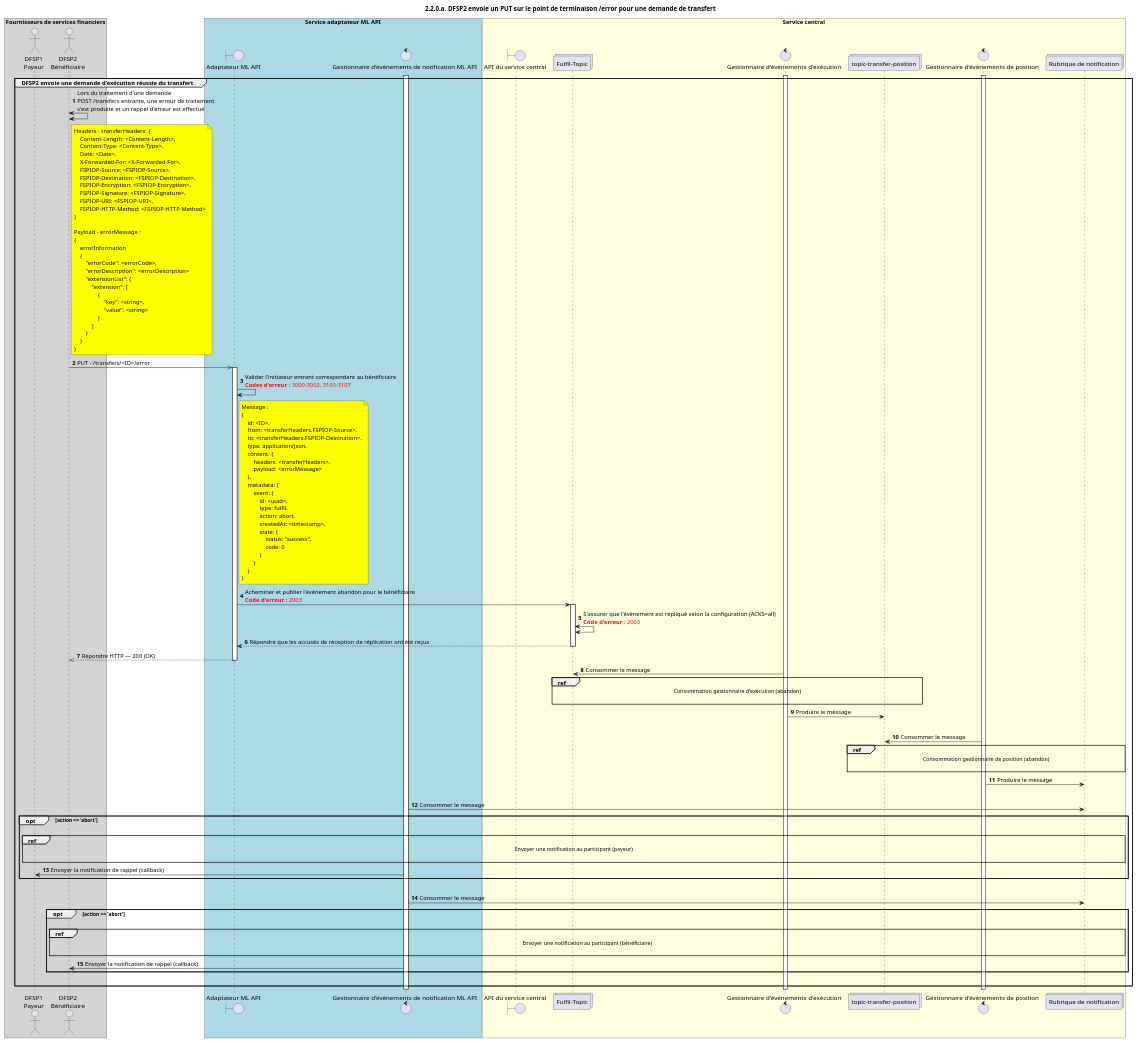
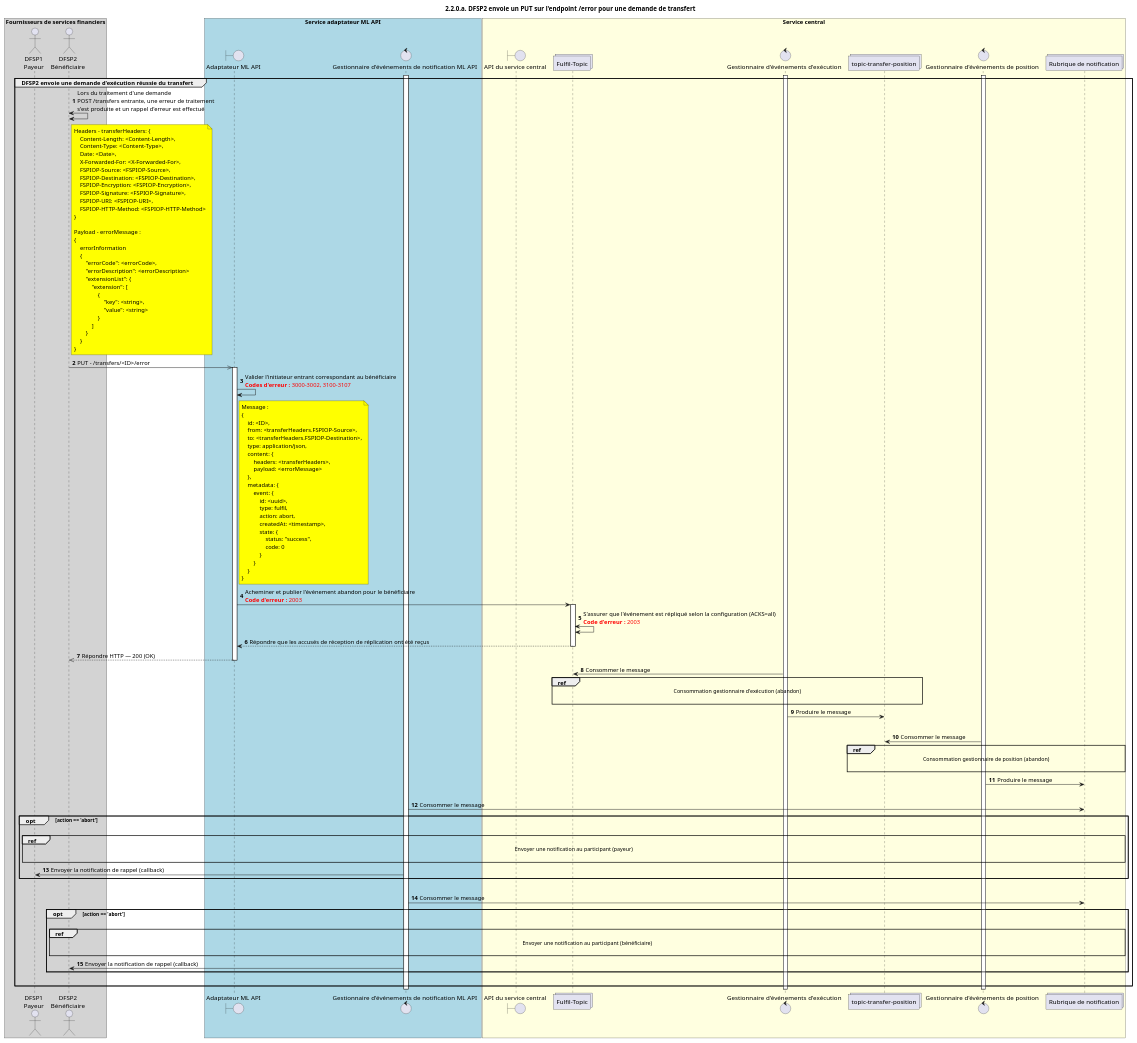
One commit to mojaloop/documentation changed the diagram in docs/fr/technical/technical/central-ledger/assets/diagrams/sequence/seq-reject-2.2.0.a-v1.1.plantuml. Above: the diagram before and after it, drawn with PlantUML. The commit also changed 51 other files, not shown here.

```diff
--- a/docs/fr/technical/technical/central-ledger/assets/diagrams/sequence/seq-reject-2.2.0.a-v1.1.plantuml
+++ b/docs/fr/technical/technical/central-ledger/assets/diagrams/sequence/seq-reject-2.2.0.a-v1.1.plantuml
@@ -25,142 +25,142 @@
 @startuml
 ' declate title
-title 2.2.0.a. DFSP2 envoie un PUT sur le point de terminaison /error pour une demande de transfert
+title 2.2.0.a. DFSP2 envoie un PUT sur l'endpoint /error pour une demande de transfert
 
 autonumber
 ' Actor Keys:
 '   boundary - APIs/Interfaces, etc
 '   collections - Kafka Topics
 '   control - Kafka Consumers
 '   entity - Database Access Objects
 '   database - Database Persistance Store
 
 ' declare actors
 actor "DFSP1\nPayeur" as DFSP1
 actor "DFSP2\nBénéficiaire" as DFSP2
 boundary "Adaptateur ML API" as MLAPI
 control "Gestionnaire d'événements de notification ML API" as NOTIFY_HANDLER
 boundary "API du service central" as CSAPI
 collections "Fulfil-Topic" as TOPIC_FULFIL
 control "Gestionnaire d'événements d'exécution" as FULF_HANDLER
 collections "topic-transfer-position" as TOPIC_TRANSFER_POSITION
 control "Gestionnaire d'événements de position" as POS_HANDLER
 collections "Rubrique de notification" as TOPIC_NOTIFICATIONS
 
 box "Fournisseurs de services financiers" #lightGray
 	participant DFSP1
 	participant DFSP2
 end box
 
 box "Service adaptateur ML API" #LightBlue
 	participant MLAPI
 	participant NOTIFY_HANDLER
 end box
 
 box "Service central" #LightYellow
     participant CSAPI
 	participant TOPIC_FULFIL
     participant FULF_HANDLER
     participant TOPIC_TRANSFER_POSITION
     participant POS_HANDLER
     participant TOPIC_NOTIFICATIONS
 end box
 
 ' start flow
 activate NOTIFY_HANDLER
 activate FULF_HANDLER
 activate POS_HANDLER
 group DFSP2 envoie une demande d'exécution réussie du transfert
     DFSP2 <-> DFSP2: Lors du traitement d'une demande\nPOST /transfers entrante, une erreur de traitement\ns'est produite et un rappel d'erreur est effectué
     note right of DFSP2 #yellow
         Headers - transferHeaders: {
             Content-Length: <Content-Length>,
             Content-Type: <Content-Type>,
             Date: <Date>,
             X-Forwarded-For: <X-Forwarded-For>,
             FSPIOP-Source: <FSPIOP-Source>,
             FSPIOP-Destination: <FSPIOP-Destination>,
             FSPIOP-Encryption: <FSPIOP-Encryption>,
             FSPIOP-Signature: <FSPIOP-Signature>,
             FSPIOP-URI: <FSPIOP-URI>,
             FSPIOP-HTTP-Method: <FSPIOP-HTTP-Method>
         }
 
         Payload - errorMessage :
         {
             errorInformation
             {
                 "errorCode": <errorCode>,
                 "errorDescription": <errorDescription>
                 "extensionList": {
                     "extension": [
                         {
                             "key": <string>,
                             "value": <string>
                         }
                     ]
                 }
             }
         }
     end note
     DFSP2 ->> MLAPI: PUT - /transfers/<ID>/error
     activate MLAPI
     MLAPI -> MLAPI: Valider l'initiateur entrant correspondant au bénéficiaire\n<color #FF0000><b>Codes d'erreur :</b> 3000-3002, 3100-3107</color>
     note right of MLAPI #yellow
         Message :
         {
             id: <ID>,
             from: <transferHeaders.FSPIOP-Source>,
             to: <transferHeaders.FSPIOP-Destination>,
             type: application/json,
             content: {
                 headers: <transferHeaders>,
                 payload: <errorMessage>
             },
             metadata: {
                 event: {
                     id: <uuid>,
                     type: fulfil,
                     action: abort,
                     createdAt: <timestamp>,
                     state: {
                         status: "success",
                         code: 0
                     }
                 }
             }
         }
     end note
     MLAPI -> TOPIC_FULFIL: Acheminer et publier l'événement abandon pour le bénéficiaire\n<color #FF0000><b>Code d'erreur :</b> 2003</color>
     activate TOPIC_FULFIL
     TOPIC_FULFIL <-> TOPIC_FULFIL: S'assurer que l'événement est répliqué selon la configuration (ACKS=all)\n<color #FF0000><b>Code d'erreur :</b> 2003</color>
     TOPIC_FULFIL --> MLAPI: Répondre que les accusés de réception de réplication ont été reçus
     deactivate TOPIC_FULFIL
     MLAPI -->> DFSP2: Répondre HTTP — 200 (OK)
     deactivate MLAPI
     TOPIC_FULFIL <- FULF_HANDLER: Consommer le message
     ref over TOPIC_FULFIL, TOPIC_TRANSFER_POSITION: Consommation gestionnaire d'exécution (abandon)\n
     FULF_HANDLER -> TOPIC_TRANSFER_POSITION: Produire le message
     |||
     TOPIC_TRANSFER_POSITION <- POS_HANDLER: Consommer le message
     ref over TOPIC_TRANSFER_POSITION, TOPIC_NOTIFICATIONS:  Consommation gestionnaire de position (abandon)\n
     POS_HANDLER -> TOPIC_NOTIFICATIONS: Produire le message
     |||
     TOPIC_NOTIFICATIONS <- NOTIFY_HANDLER: Consommer le message
     opt action == 'abort'
         |||
         ref over DFSP1, TOPIC_NOTIFICATIONS: Envoyer une notification au participant (payeur)\n
         NOTIFY_HANDLER -> DFSP1: Envoyer la notification de rappel (callback)
     end
     |||
     TOPIC_NOTIFICATIONS <- NOTIFY_HANDLER: Consommer le message
     opt action == 'abort'
         |||
         ref over DFSP2, TOPIC_NOTIFICATIONS: Envoyer une notification au participant (bénéficiaire)\n
         NOTIFY_HANDLER -> DFSP2: Envoyer la notification de rappel (callback)
     end
     |||
 end
 deactivate POS_HANDLER
 deactivate FULF_HANDLER
 deactivate NOTIFY_HANDLER
 @enduml
```
